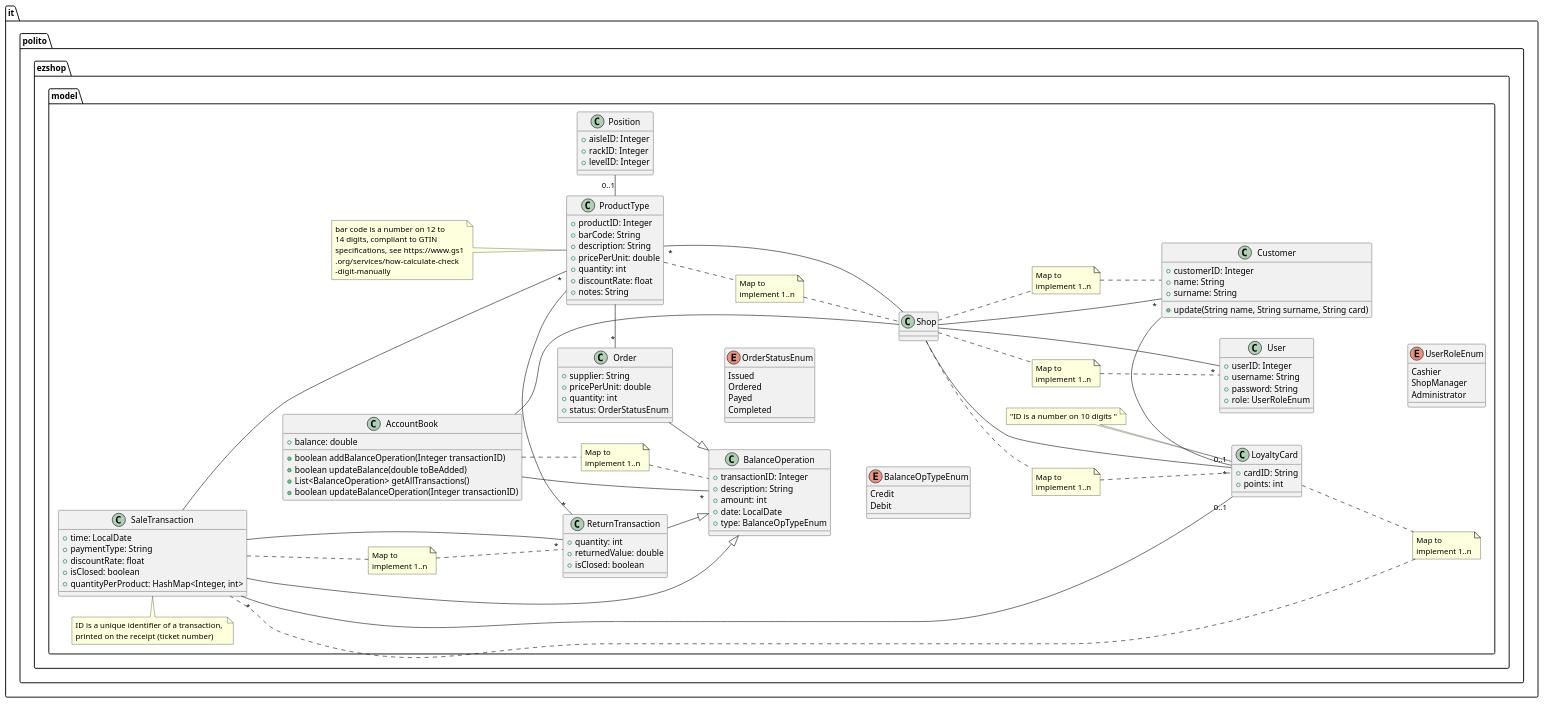
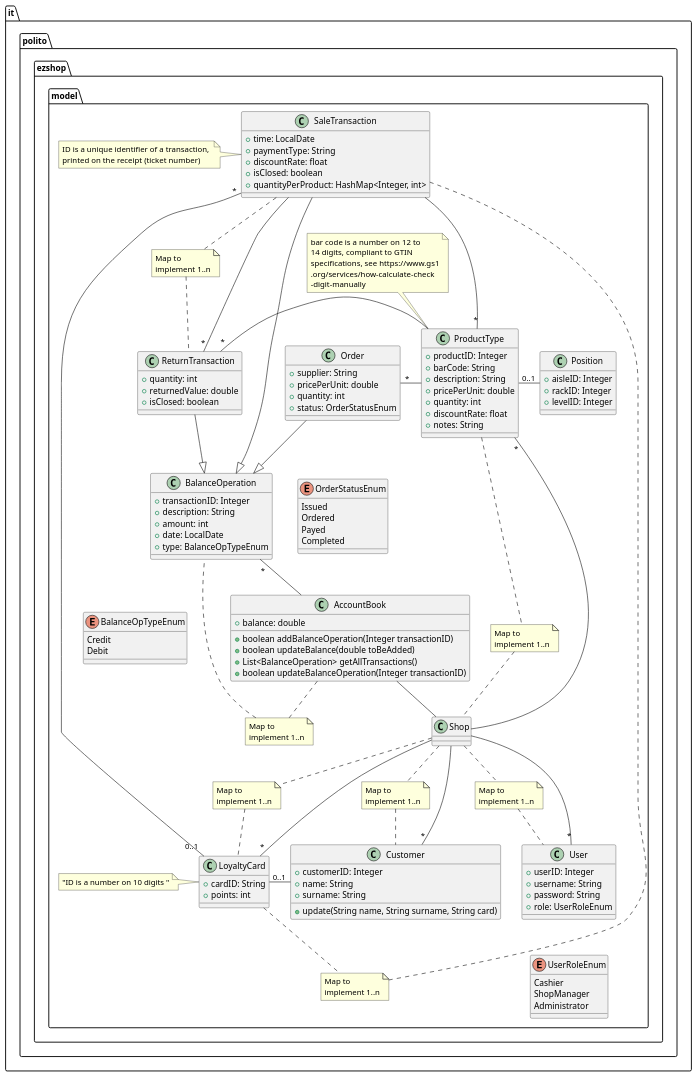
Before and after one commit to Stormz4/group20-EzShop: the third of 23 diagrams in Deliverables/DesignDocument.md, drawn with PlantUML.

Commit message:
Doc: reordered classes in class diagram.

````diff
--- a/Deliverables/DesignDocument.md
+++ b/Deliverables/DesignDocument.md
@@ -149,8 +149,5 @@
 ```plantuml
 @startuml
-left to right direction
-
-
 package it.polito.ezshop.model{
 class Shop{
 
@@ -200,7 +197,7 @@
  +date: LocalDate
  +type: BalanceOpTypeEnum
 }
-AccountBook -- "*" BalanceOperation
+AccountBook -up- "*" BalanceOperation
 
 Enum BalanceOpTypeEnum {
     Credit
@@ -279,7 +276,7 @@
 }
 
 Shop -- "*" LoyaltyCard
-Shop -- "*" Customer
+Shop -down- "*" Customer
 
 ReturnTransaction "*" - SaleTransaction
 ReturnTransaction "*" - ProductType
@@ -314,8 +311,6 @@
 SaleTransaction .. N12
 N12 .. ReturnTransaction
 
-
-
 }
 @enduml
 ```
````
